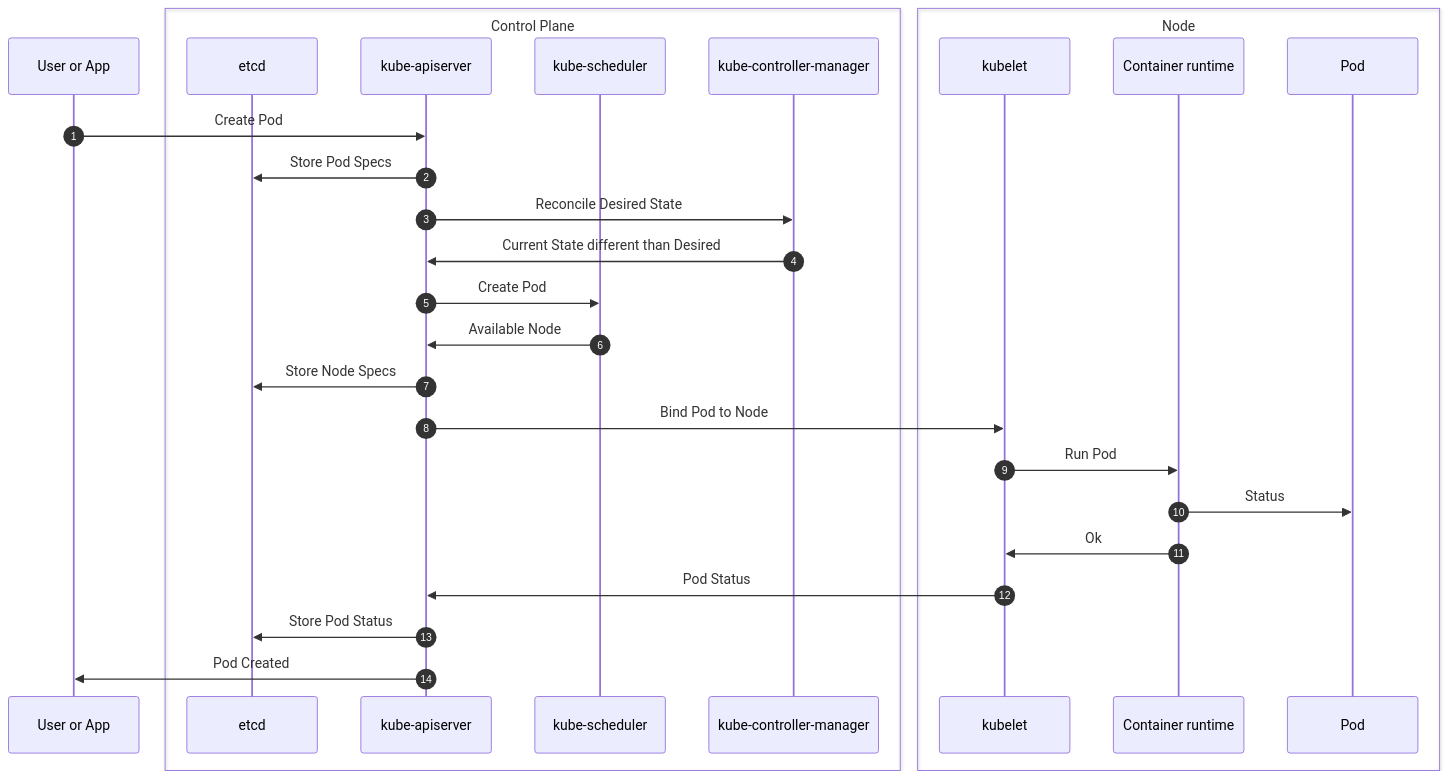
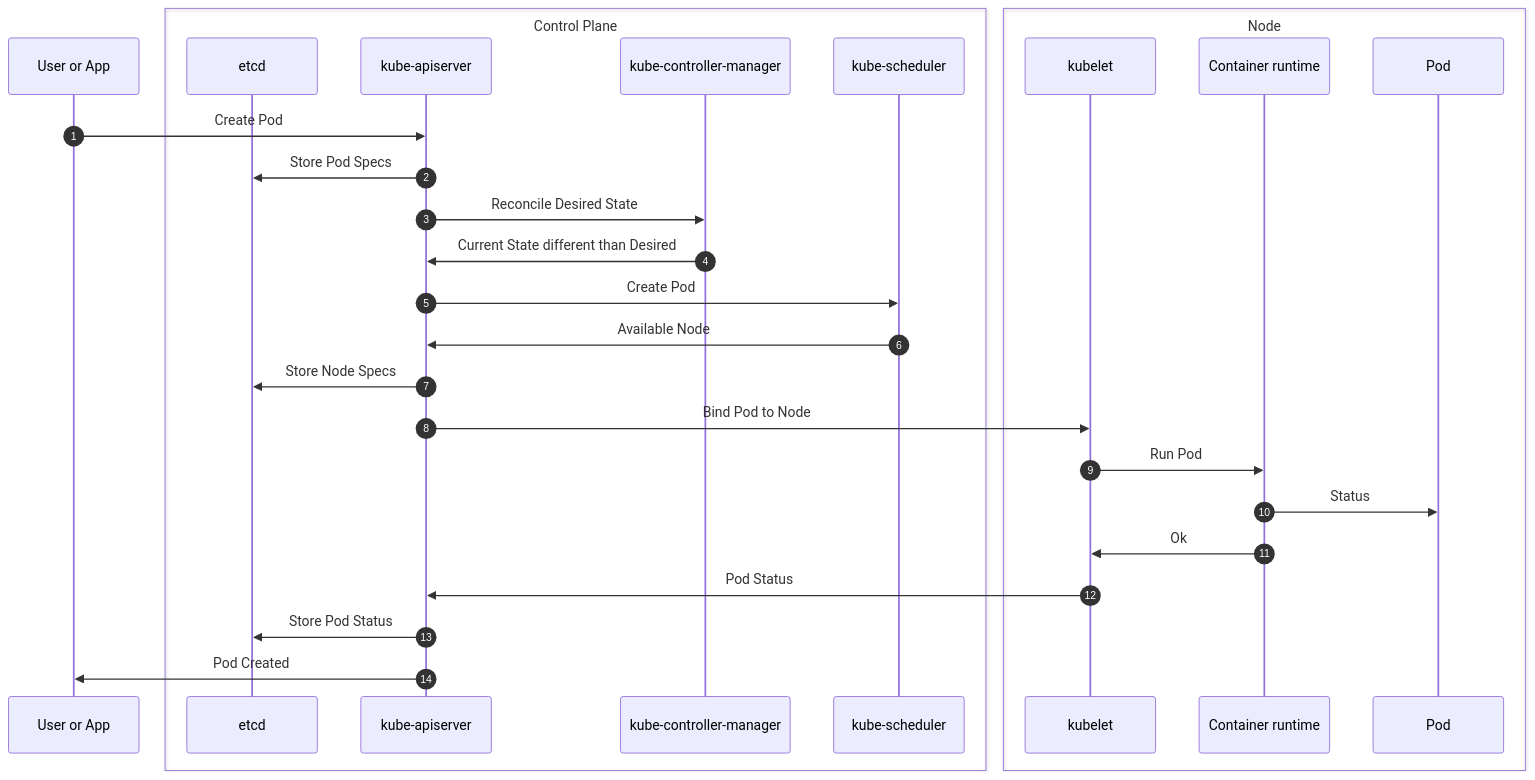
The diagram in ch01/example01/readme.md (PacktPublishing/Kubernetes-Secrets-Handbook), drawn with Mermaid before and after one commit. The commit also changed other lines of this file, not shown here.

````diff
--- a/ch01/example01/readme.md
+++ b/ch01/example01/readme.md
@@ -558,30 +558,30 @@
 ```mermaid
 sequenceDiagram
 participant User or App
 box Control Plane
 participant etcd
 participant kube-apiserver
+participant kube-controller-manager
 participant kube-scheduler
-participant kube-controller-manager
 end
 box Node
 participant kubelet
 participant Container runtime
 participant Pod
 end
 autonumber
   User or App->>kube-apiserver: Create Pod
   kube-apiserver->>etcd: Store Pod Specs
   kube-apiserver->>kube-controller-manager: Reconcile Desired State
   kube-controller-manager->>kube-apiserver: Current State different than Desired
   kube-apiserver->>kube-scheduler: Create Pod
   kube-scheduler->>kube-apiserver: Available Node
   kube-apiserver->>etcd: Store Node Specs
   kube-apiserver->>kubelet: Bind Pod to Node
   kubelet->>Container runtime: Run Pod
   Container runtime->>Pod: Status
   Container runtime->>kubelet: Ok
   kubelet->>kube-apiserver: Pod Status
   kube-apiserver->>etcd: Store Pod Status
   kube-apiserver->>User or App: Pod Created
 ```
````
